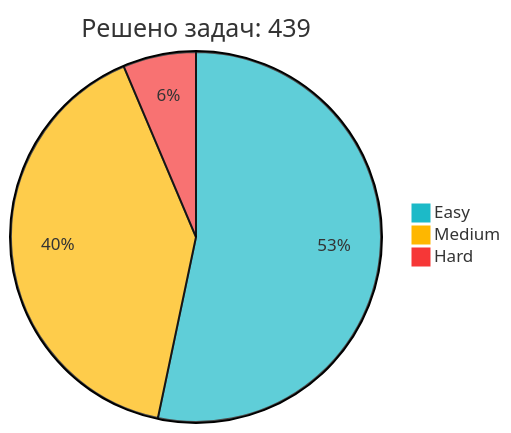
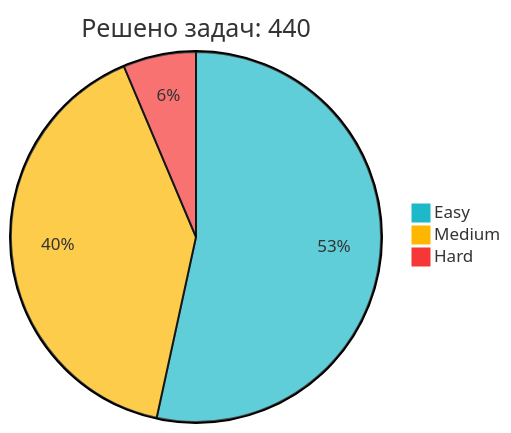
One commit to IliaKurdukov/IliaKurdukov changed the diagram in README.md. Above: the diagram before and after it, drawn with Mermaid. The commit also changed other lines of this file, not shown here.

Commit message:
📈 Обновление статистики LeetCode

````diff
--- a/README.md
+++ b/README.md
@@ -51,7 +51,7 @@
 ```mermaid
 %%{init: {'theme': 'base', 'themeVariables': { 'pie1': '#1CBAC8', 'pie2': '#FEB700', 'pie3': '#F63737' }, 'config': {'width': 300, 'height': 200}}}%%
-pie title Решено задач: 439
-   "Easy" : 234
+pie title Решено задач: 440
+   "Easy" : 235
    "Medium" : 177
    "Hard" : 28
 ```
````
